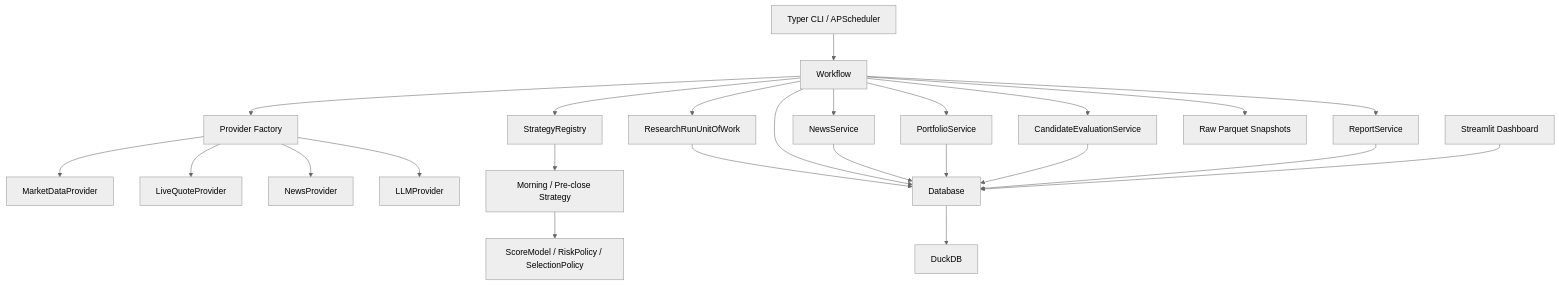
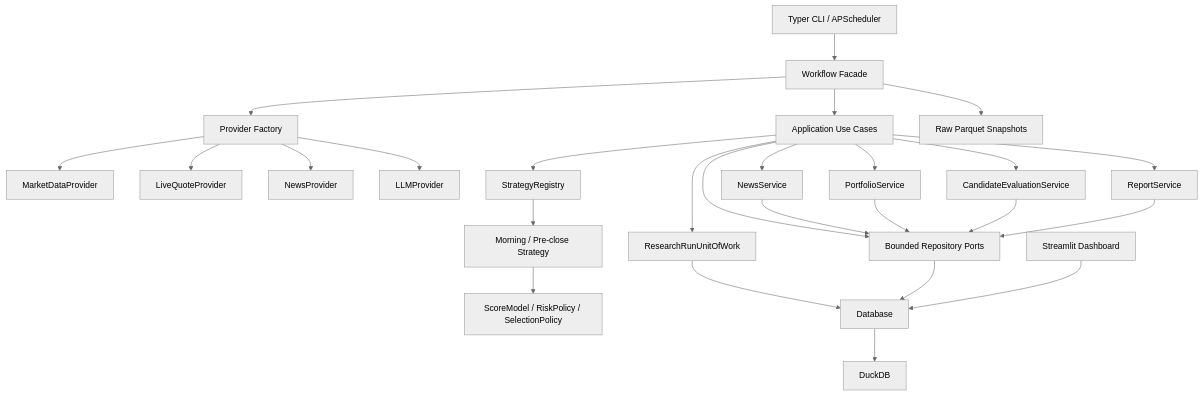
One commit to Dershine/KFCQuantitative changed the second of 4 diagrams in doc/KFCQ_TechnicalSummary.md. Above: the diagram before and after it, drawn with Mermaid (neutral theme). The commit also changed other lines of this file and 13 other files, not shown here.

````diff
--- a/doc/KFCQ_TechnicalSummary.md
+++ b/doc/KFCQ_TechnicalSummary.md
@@ -242,28 +245,30 @@
 ```mermaid
 flowchart TD
-    Entry["Typer CLI / APScheduler"] --> Workflow["Workflow"]
+    Entry["Typer CLI / APScheduler"] --> Workflow["Workflow Facade"]
+    Workflow --> UseCases["Application Use Cases"]
     Workflow --> ProviderFactory["Provider Factory"]
     ProviderFactory --> MarketProvider["MarketDataProvider"]
     ProviderFactory --> LiveProvider["LiveQuoteProvider"]
     ProviderFactory --> NewsProvider["NewsProvider"]
     ProviderFactory --> LLMProvider["LLMProvider"]
 
-    Workflow --> StrategyRegistry["StrategyRegistry"]
+    UseCases --> StrategyRegistry["StrategyRegistry"]
     StrategyRegistry --> Strategy["Morning / Pre-close Strategy"]
     Strategy --> Scoring["ScoreModel / RiskPolicy / SelectionPolicy"]
-    Workflow --> News["NewsService"]
-    Workflow --> Portfolio["PortfolioService"]
-    Workflow --> Evaluation["CandidateEvaluationService"]
-    Workflow --> Reports["ReportService"]
+    UseCases --> News["NewsService"]
+    UseCases --> Portfolio["PortfolioService"]
+    UseCases --> Evaluation["CandidateEvaluationService"]
+    UseCases --> Reports["ReportService"]
 
-    Workflow --> UoW["ResearchRunUnitOfWork"]
+    UseCases --> UoW["ResearchRunUnitOfWork"]
     UoW --> Database["Database"]
-    Workflow --> Database
-    News --> Database
-    Portfolio --> Database
-    Evaluation --> Database
-    Reports --> Database
+    UseCases --> Repositories["Bounded Repository Ports"]
+    News --> Repositories
+    Portfolio --> Repositories
+    Evaluation --> Repositories
+    Reports --> Repositories
+    Repositories --> Database
     Database --> DuckDB["DuckDB"]
     Workflow --> Parquet["Raw Parquet Snapshots"]
     Dashboard["Streamlit Dashboard"] --> Database
 ```
````
